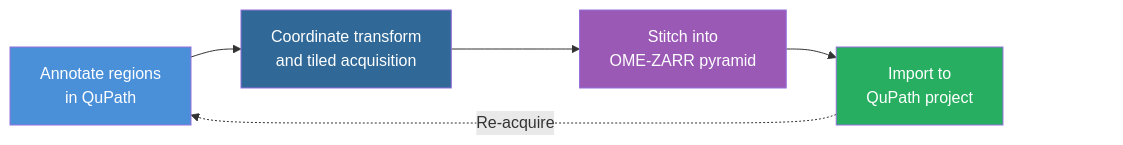
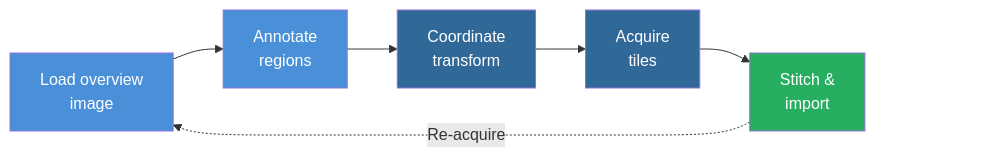
Before and after one commit to uw-loci/QPSC: the second of 3 diagrams in README.md, drawn with Mermaid.

Commit message:
Rework data flow: add back Acquire step, fix Re-acquire target
Re-acquire now loops from Stitch & Import back to Load Overview
Image (the imported result becomes a new image to annotate on),
not back to Annotate. Separate Coordinate Transform and Acquire
into distinct nodes.

````diff
--- a/README.md
+++ b/README.md
@@ -80,12 +80,13 @@
 ```mermaid
 flowchart LR
-    ROI["Annotate regions<br/>in QuPath"] --> Acq["Coordinate transform<br/>and tiled acquisition"] --> Stitch["Stitch into<br/>OME-ZARR pyramid"] --> Project["Import to<br/>QuPath project"]
-    Project -.->|"Re-acquire"| ROI
-    Project ~~~ PAD[ ]
+    Img["Load overview<br/>image"] --> ROI["Annotate<br/>regions"] --> Xform["Coordinate<br/>transform"] --> Acq["Acquire<br/>tiles"] --> Stitch["Stitch &<br/>import"]
+    Stitch -.->|"Re-acquire"| Img
+    Stitch ~~~ PAD[ ]
 
+    style Img fill:#4A90D9,color:#fff
     style ROI fill:#4A90D9,color:#fff
+    style Xform fill:#306998,color:#fff
     style Acq fill:#306998,color:#fff
-    style Stitch fill:#9B59B6,color:#fff
-    style Project fill:#27AE60,color:#fff
+    style Stitch fill:#27AE60,color:#fff
     style PAD fill:none,stroke:none,color:none
 ```
````
